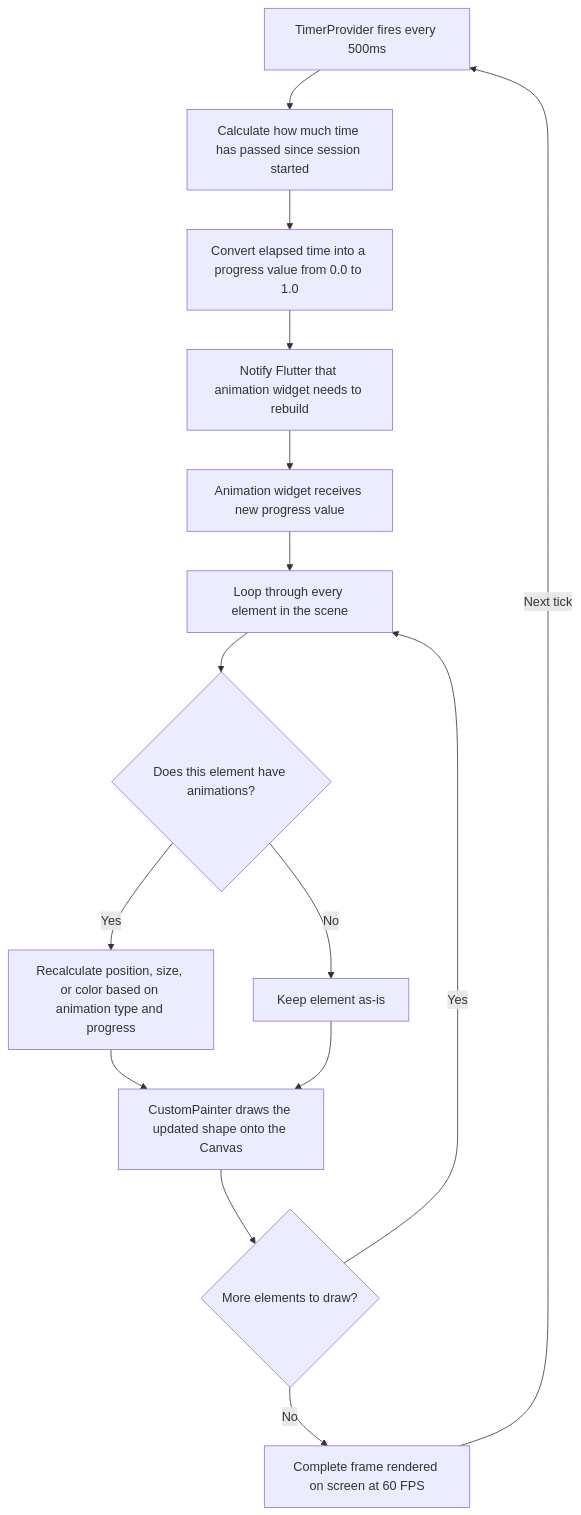
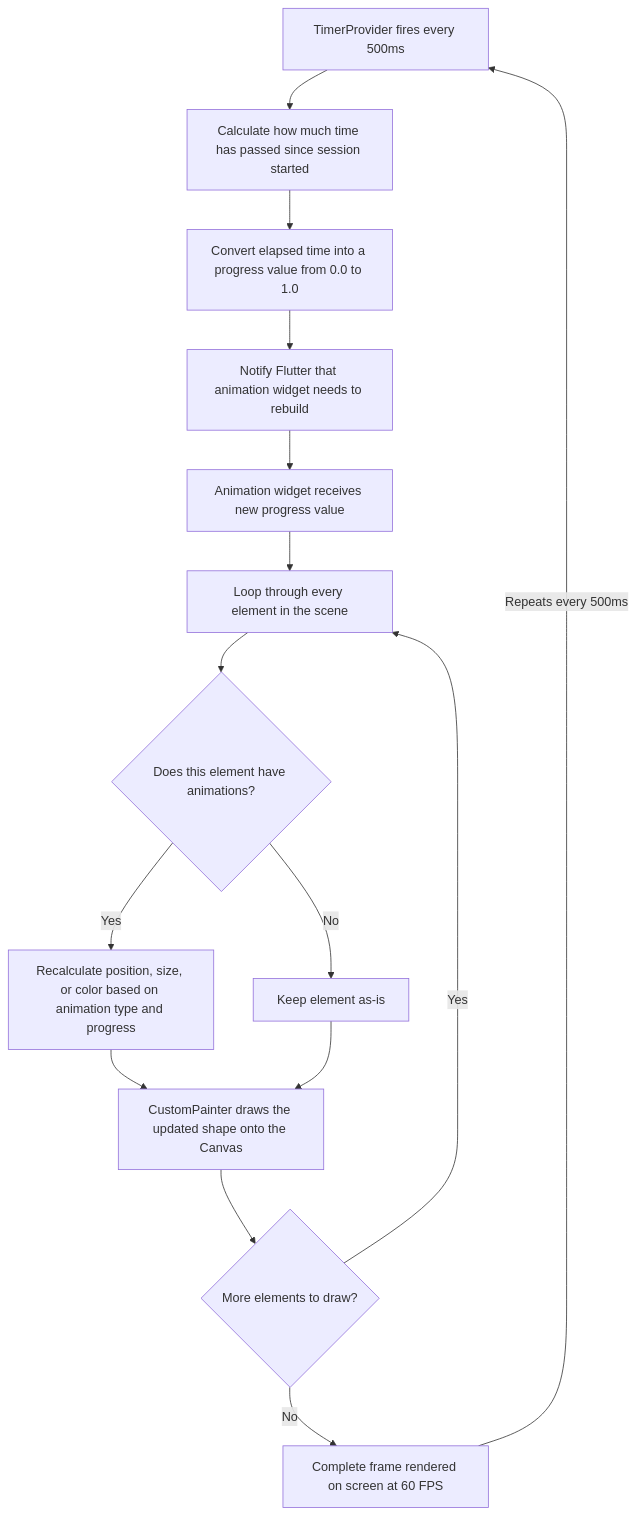
One commit to muhammedashharps/stickman changed the first of 5 diagrams in ANIMATION_SYSTEM.md. Above: the diagram before and after it, drawn with Mermaid.

````diff
--- a/ANIMATION_SYSTEM.md
+++ b/ANIMATION_SYSTEM.md
@@ -30,17 +30,17 @@
 ```mermaid
 graph TD
     A[TimerProvider fires every 500ms] --> B[Calculate how much time has passed since session started]
     B --> C[Convert elapsed time into a progress value from 0.0 to 1.0]
     C --> D[Notify Flutter that animation widget needs to rebuild]
     D --> E[Animation widget receives new progress value]
     E --> F[Loop through every element in the scene]
     F --> G{Does this element have animations?}
     G -->|Yes| H[Recalculate position, size, or color based on animation type and progress]
     G -->|No| I[Keep element as-is]
     H --> J[CustomPainter draws the updated shape onto the Canvas]
     I --> J
     J --> K{More elements to draw?}
     K -->|Yes| F
     K -->|No| L[Complete frame rendered on screen at 60 FPS]
-    L -->|Next tick| A
+    L -->|Repeats every 500ms| A
 ```
````
